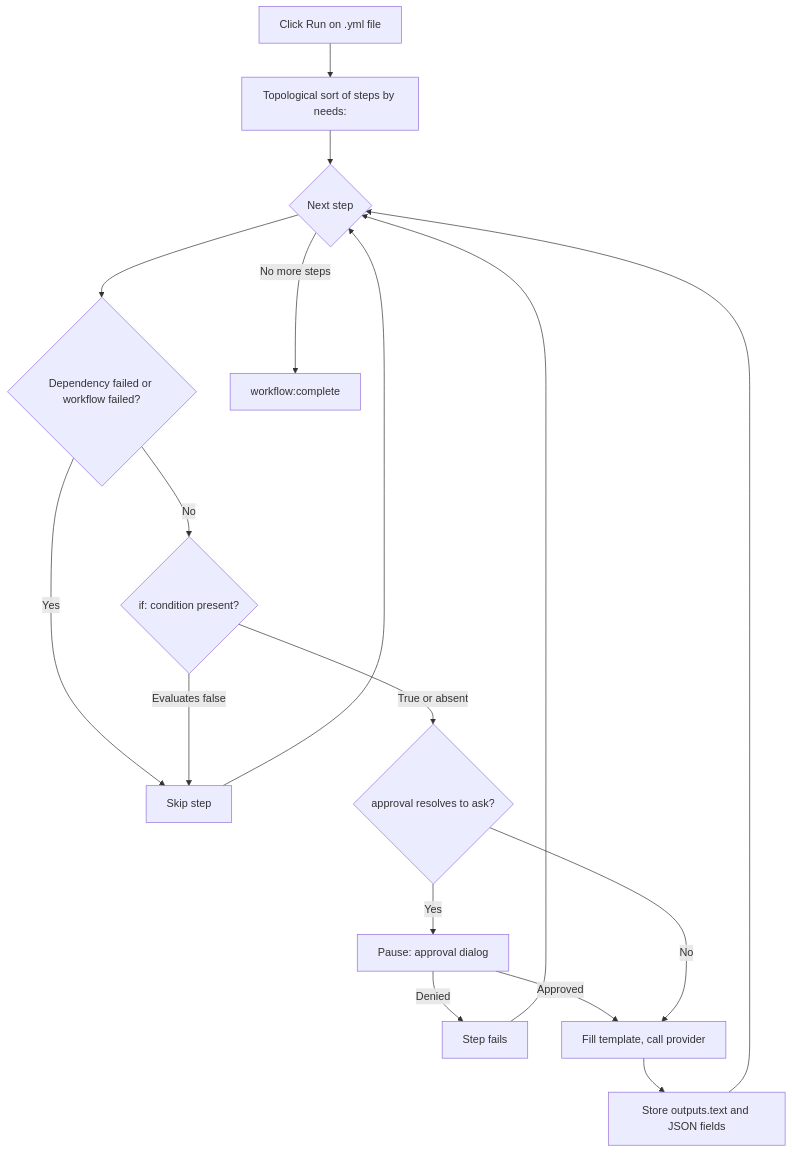
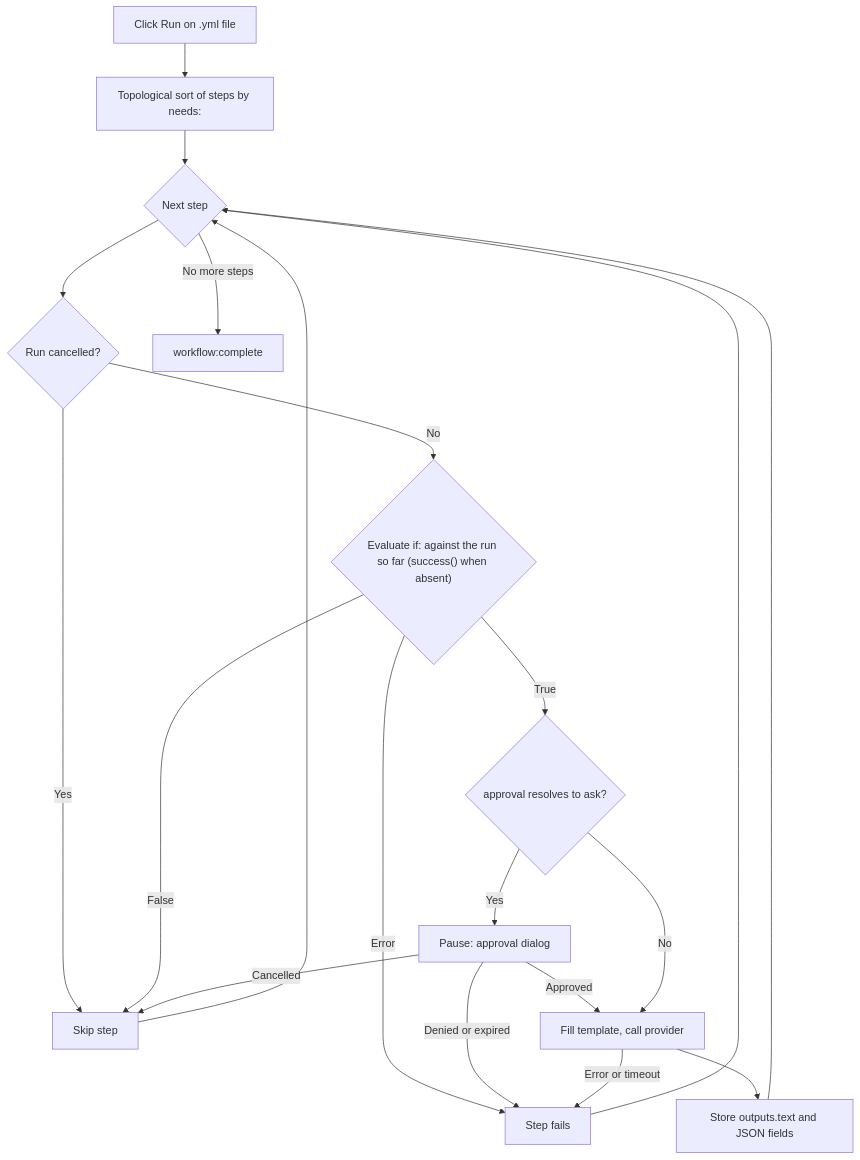
The diagram in website/guide/workflows.md (GoodeSam/vmark), drawn with Mermaid before and after one commit. The commit also changed other lines of this file and 7 other files, not shown here.

````diff
--- a/website/guide/workflows.md
+++ b/website/guide/workflows.md
@@ -264,19 +271,22 @@
 ```mermaid
 flowchart TD
     A["Click Run on .yml file"] --> B["Topological sort of steps by needs:"]
     B --> C{"Next step"}
-    C --> D{"Dependency failed or workflow failed?"}
+    C --> D{"Run cancelled?"}
     D -->|Yes| E["Skip step"]
-    D -->|No| F{"if: condition present?"}
-    F -->|"Evaluates false"| E
-    F -->|"True or absent"| G{"approval resolves to ask?"}
+    D -->|No| F{"Evaluate if: against the run so far (success() when absent)"}
+    F -->|"False"| E
+    F -->|"Error"| I["Step fails"]
+    F -->|"True"| G{"approval resolves to ask?"}
     G -->|Yes| H["Pause: approval dialog"]
-    H -->|Denied| I["Step fails"]
+    H -->|"Denied or expired"| I
+    H -->|"Cancelled"| E
     H -->|Approved| J["Fill template, call provider"]
     G -->|No| J
+    J -->|"Error or timeout"| I
     J --> K["Store outputs.text and JSON fields"]
     K --> C
     E --> C
     I --> C
     C -->|"No more steps"| L["workflow:complete"]
 ```
````
